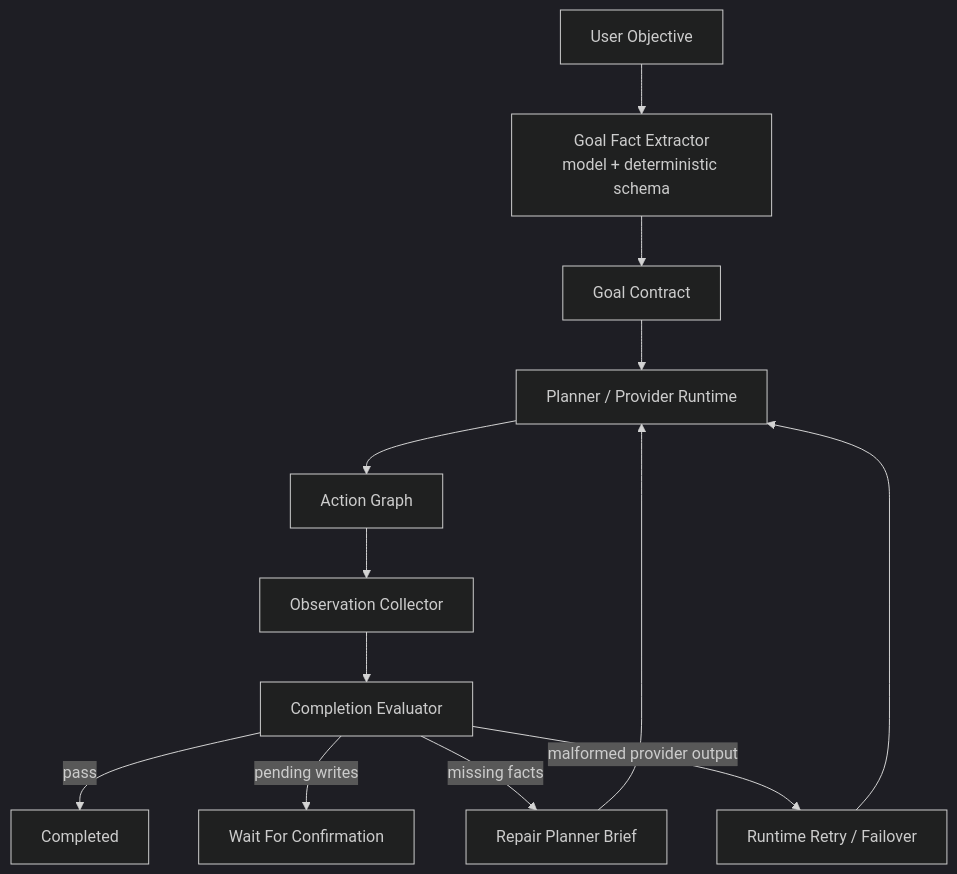
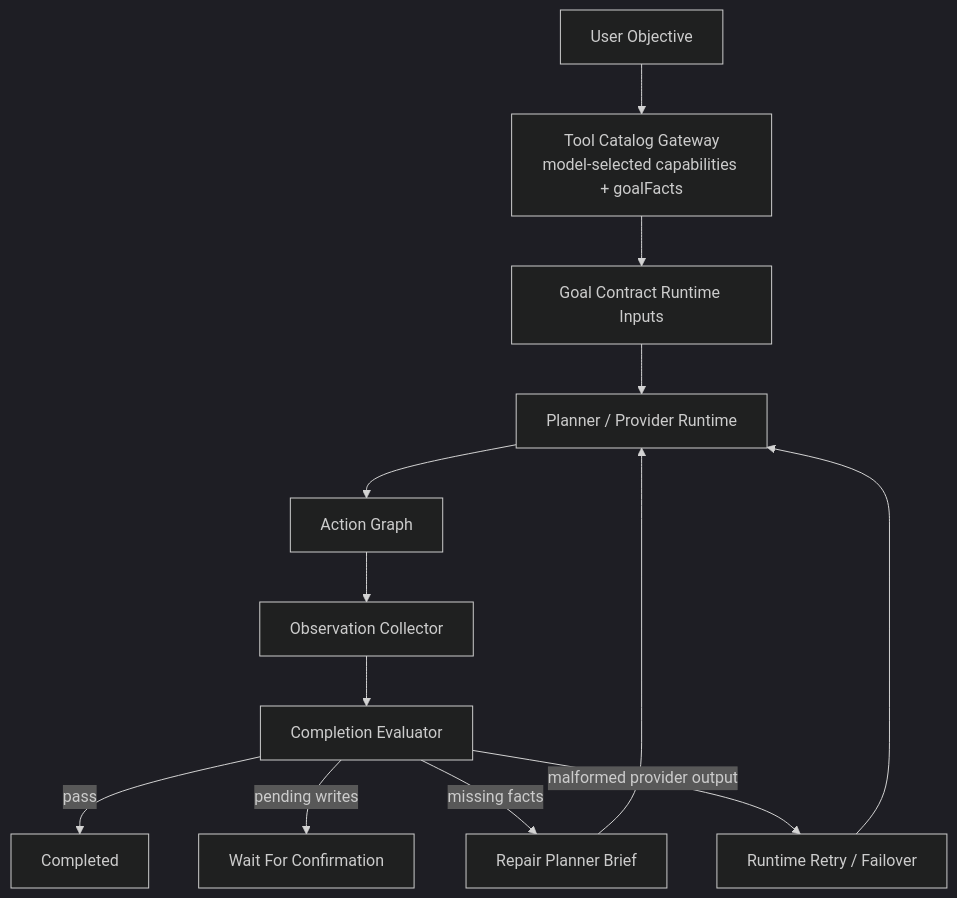
The second of 3 diagrams in docs/adr/0006-openclaw-style-streamed-tool-call-repair.md (Suysker/xox-model), drawn with Mermaid (dark theme) before and after one commit. The commit also changed other lines of this file and 19 other files, not shown here.

Commit message:
Refine agent goal facts runtime

````diff
--- a/docs/adr/0006-openclaw-style-streamed-tool-call-repair.md
+++ b/docs/adr/0006-openclaw-style-streamed-tool-call-repair.md
@@ -137,15 +137,15 @@
 ```mermaid
 flowchart TD
-  UserGoal[User Objective] --> GoalFacts[Goal Fact Extractor<br/>model + deterministic schema]
-  GoalFacts --> Contract[Goal Contract]
+  UserGoal[User Objective] --> Catalog[Tool Catalog Gateway<br/>model-selected capabilities + goalFacts]
+  Catalog --> Contract[Goal Contract Runtime Inputs]
   Contract --> Planner[Planner / Provider Runtime]
   Planner --> ActionGraph[Action Graph]
   ActionGraph --> Observe[Observation Collector]
   Observe --> Eval[Completion Evaluator]
   Eval -- pass --> Done[Completed]
   Eval -- pending writes --> Wait[Wait For Confirmation]
   Eval -- missing facts --> RepairBrief[Repair Planner Brief]
   RepairBrief --> Planner
   Eval -- malformed provider output --> RuntimeRetry[Runtime Retry / Failover]
   RuntimeRetry --> Planner
 ```
````
